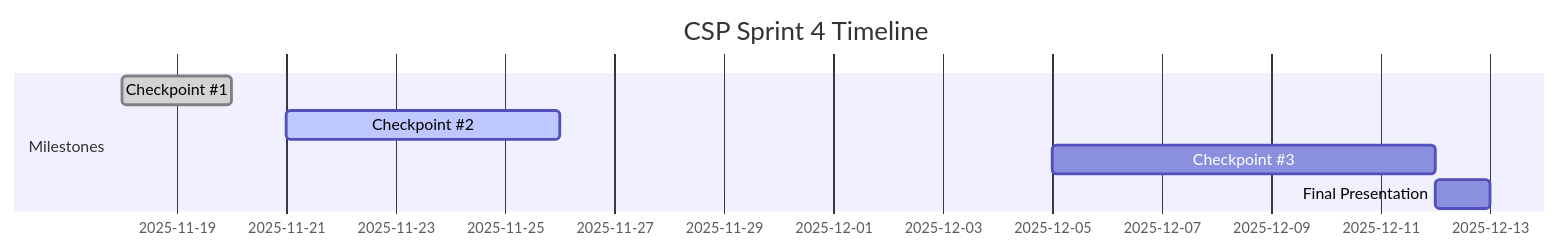
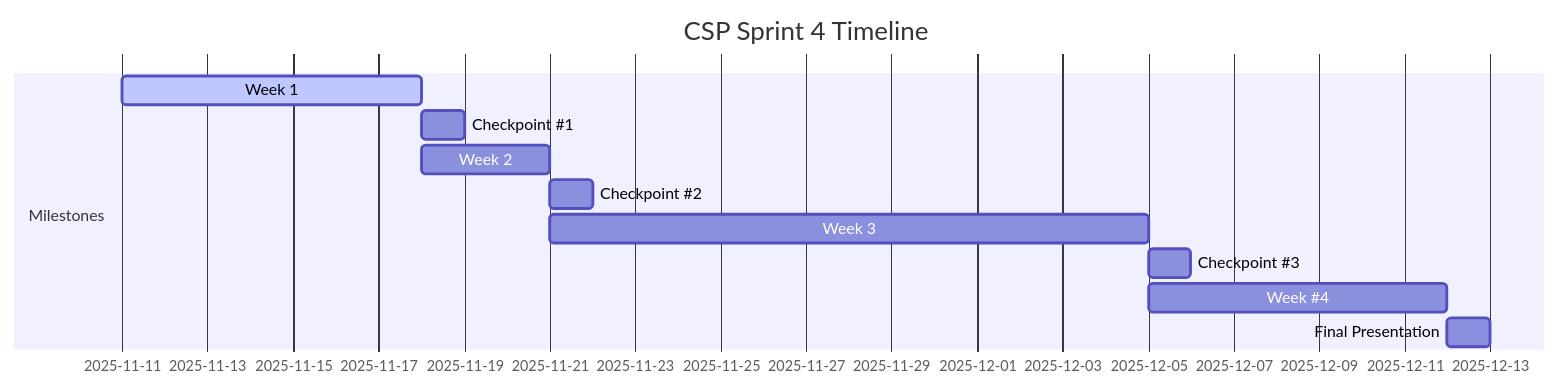
Before and after one commit to Open-Coding-Society/pages: the diagram in _posts/CSP/flask/2025-11-12-flask-crash-course-build.md, drawn with Mermaid. The commit also changed other lines of this file, not shown here.

Commit message:
draft of plan

````diff
--- a/_posts/CSP/flask/2025-11-12-flask-crash-course-build.md
+++ b/_posts/CSP/flask/2025-11-12-flask-crash-course-build.md
@@ -216,10 +15,14 @@
 ```mermaid
 gantt
   title CSP Sprint 4 Timeline
   dateFormat  YYYY-MM-DD
   section Milestones
-  Checkpoint #1      :done,    cp1, 2025-11-18, 2d
-  Checkpoint #2      :active,  cp2, 2025-11-21, 5d
-  Checkpoint #3      :         cp3, 2025-12-05, 7d
+  Week 1             :active,  wk1, 2025-11-11, 7d
+  Checkpoint #1      :         cp1, 2025-11-18, 1d 
+  Week 2             :         wk2, 2025-11-18, 3d
+  Checkpoint #2      :         cp2, 2025-11-21, 1d 
+  Week 3             :         wk3, 2025-11-21, 14d
+  Checkpoint #3      :         cp3, 2025-12-05, 1d
+  Week #4            :         wk4, 2025-12-05, 7d
   Final Presentation :         cp4, 2025-12-12, 1d
 ```
````
